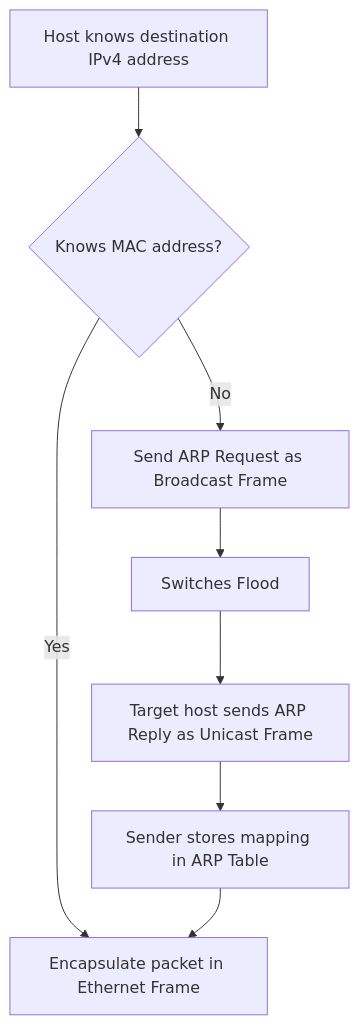
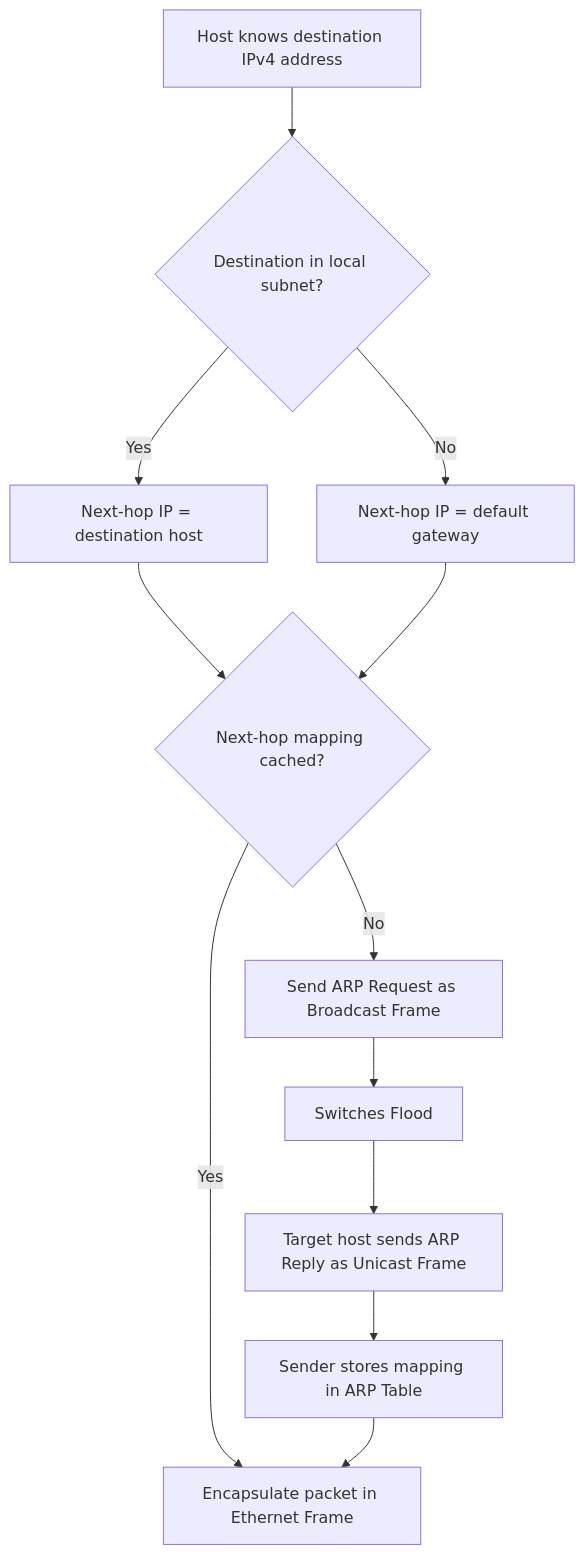
The third of 4 diagrams in 04_Maps/Ethernet Switching 與 ARP 地圖.md (mic215fa/CCNA), drawn with Mermaid before and after one commit. The commit also changed other lines of this file and 306 other files, not shown here.

````diff
--- a/04_Maps/Ethernet Switching 與 ARP 地圖.md
+++ b/04_Maps/Ethernet Switching 與 ARP 地圖.md
@@ -24,10 +43,14 @@
 ```mermaid
 flowchart TD
-  A["Host knows destination IPv4 address"] --> B{"Knows MAC address?"}
+  A["Host knows destination IPv4 address"] --> X{"Destination in local subnet?"}
+  X -->|"Yes"| Y["Next-hop IP = destination host"]
+  X -->|"No"| Z["Next-hop IP = default gateway"]
+  Y --> B{"Next-hop mapping cached?"}
+  Z --> B
   B -->|"No"| C["Send ARP Request as Broadcast Frame"]
   C --> D["Switches Flood"]
   D --> E["Target host sends ARP Reply as Unicast Frame"]
   E --> F["Sender stores mapping in ARP Table"]
   B -->|"Yes"| G["Encapsulate packet in Ethernet Frame"]
   F --> G
 ```
````
